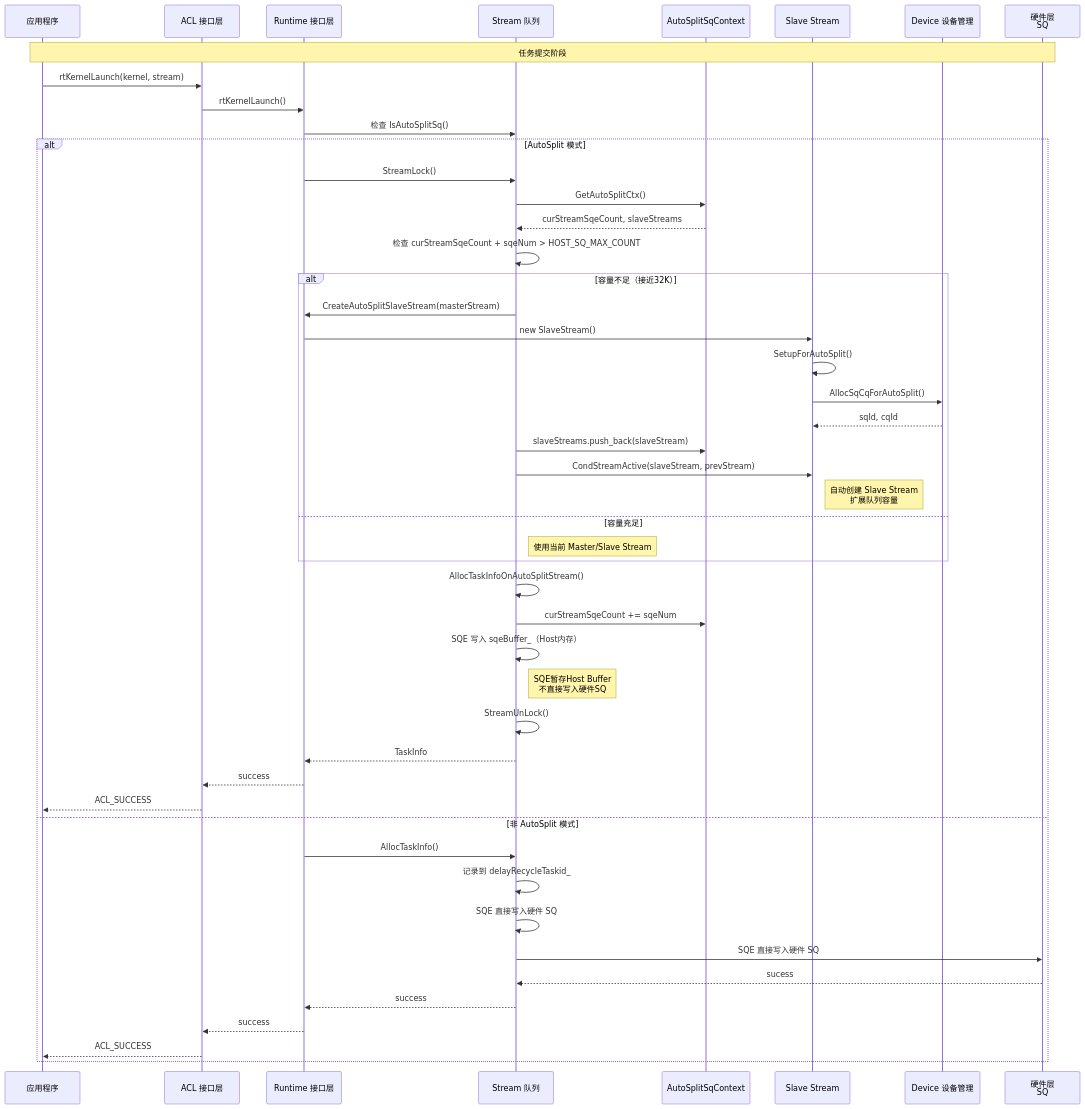
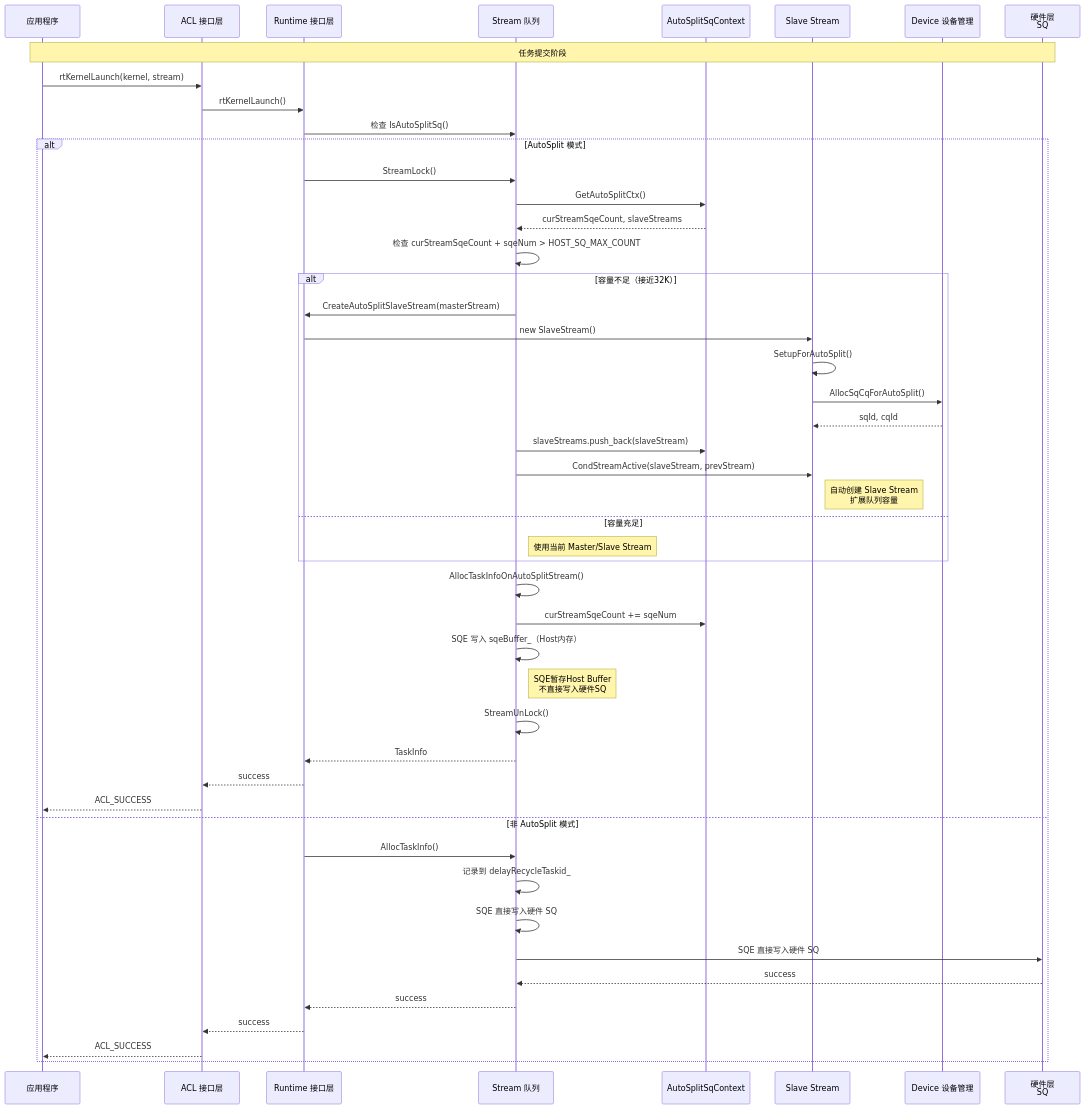
The fourth of 21 diagrams in docs/zh/design/modules/model/model.md (18liumin/runtime), drawn with Mermaid before and after one commit. The commit also changed other lines of this file and 2 other files, not shown here.

First paragraph of the commit message:
[PR]: docs: 修复 install_deps.sh 和 model.md 中的拼写错误

````diff
--- a/docs/zh/design/modules/model/model.md
+++ b/docs/zh/design/modules/model/model.md
@@ -241,57 +241,57 @@
 ```mermaid
 sequenceDiagram
     participant App as 应用程序
     participant ACL as ACL 接口层
     participant RT as Runtime 接口层
     participant Stream as Stream 队列
     participant AutoSplitCtx as AutoSplitSqContext
     participant SlaveStream as Slave Stream
     participant Device as Device 设备管理
     participant HW as 硬件层<br/>SQ
 
     Note over App,HW: 任务提交阶段
     App->>ACL: rtKernelLaunch(kernel, stream)
     ACL->>RT: rtKernelLaunch()
     RT->>Stream: 检查 IsAutoSplitSq()
     
     %% AutoSplit 路径
     alt AutoSplit 模式
         RT->>Stream: StreamLock()
         Stream->>AutoSplitCtx: GetAutoSplitCtx()
         AutoSplitCtx-->>Stream: curStreamSqeCount, slaveStreams
         
         %% 检查容量是否需要创建 Slave Stream
         Stream->>Stream: 检查 curStreamSqeCount + sqeNum > HOST_SQ_MAX_COUNT
         alt 容量不足（接近32K）
             Stream->>RT: CreateAutoSplitSlaveStream(masterStream)
             RT->>SlaveStream: new SlaveStream()
             SlaveStream->>SlaveStream: SetupForAutoSplit()
             SlaveStream->>Device: AllocSqCqForAutoSplit()
             Device-->>SlaveStream: sqId, cqId
             Stream->>AutoSplitCtx: slaveStreams.push_back(slaveStream)
             Stream->>SlaveStream: CondStreamActive(slaveStream, prevStream)
             Note right of SlaveStream: 自动创建 Slave Stream<br/>扩展队列容量
         else 容量充足
             Note right of Stream: 使用当前 Master/Slave Stream
         end
         
         %% 分配任务并写入 Host Buffer
         Stream->>Stream: AllocTaskInfoOnAutoSplitStream()
         Stream->>AutoSplitCtx: curStreamSqeCount += sqeNum
         Stream->>Stream: SQE 写入 sqeBuffer_（Host内存）
         Note right of Stream: SQE暂存Host Buffer<br/>不直接写入硬件SQ
         Stream->>Stream: StreamUnLock()
         Stream-->>RT: TaskInfo
         RT-->>ACL: success
         ACL-->>App: ACL_SUCCESS
     else 非 AutoSplit 模式
         RT->>Stream: AllocTaskInfo()
         Stream->>Stream: 记录到 delayRecycleTaskid_
         Stream->>Stream: SQE 直接写入硬件 SQ
         Stream->>HW: SQE 直接写入硬件 SQ
-        HW-->>Stream : sucess
+        HW-->>Stream : success
         Stream-->>RT: success
         RT-->>ACL: success
         ACL-->>App: ACL_SUCCESS
     end
 ```
````
